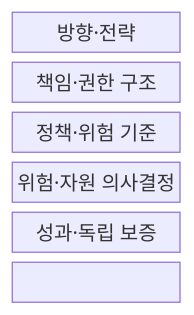
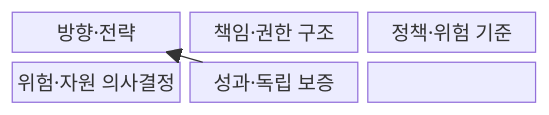
The first of 2 diagrams in src/content/docs/notes/05-security/112_information_security_governance.md (agnusdei1207/knowledge-base), drawn with Mermaid before and after one commit. The commit also changed other lines of this file and 20 other files, not shown here.

````diff
--- a/src/content/docs/notes/05-security/112_information_security_governance.md
+++ b/src/content/docs/notes/05-security/112_information_security_governance.md
@@ -52,11 +52,12 @@
 ```mermaid
-block-beta
-  columns 1
+block
+  columns 3
   G["방향·전략"]
   R["책임·권한 구조"]
   P["정책·위험 기준"]
   D["위험·자원 의사결정"]
   A["성과·독립 보증"]
-  G --- R --- P
-  P --- D --- A
+  G --> R --> P
+  P --> D --> A
+  A --> G
 ```
````
